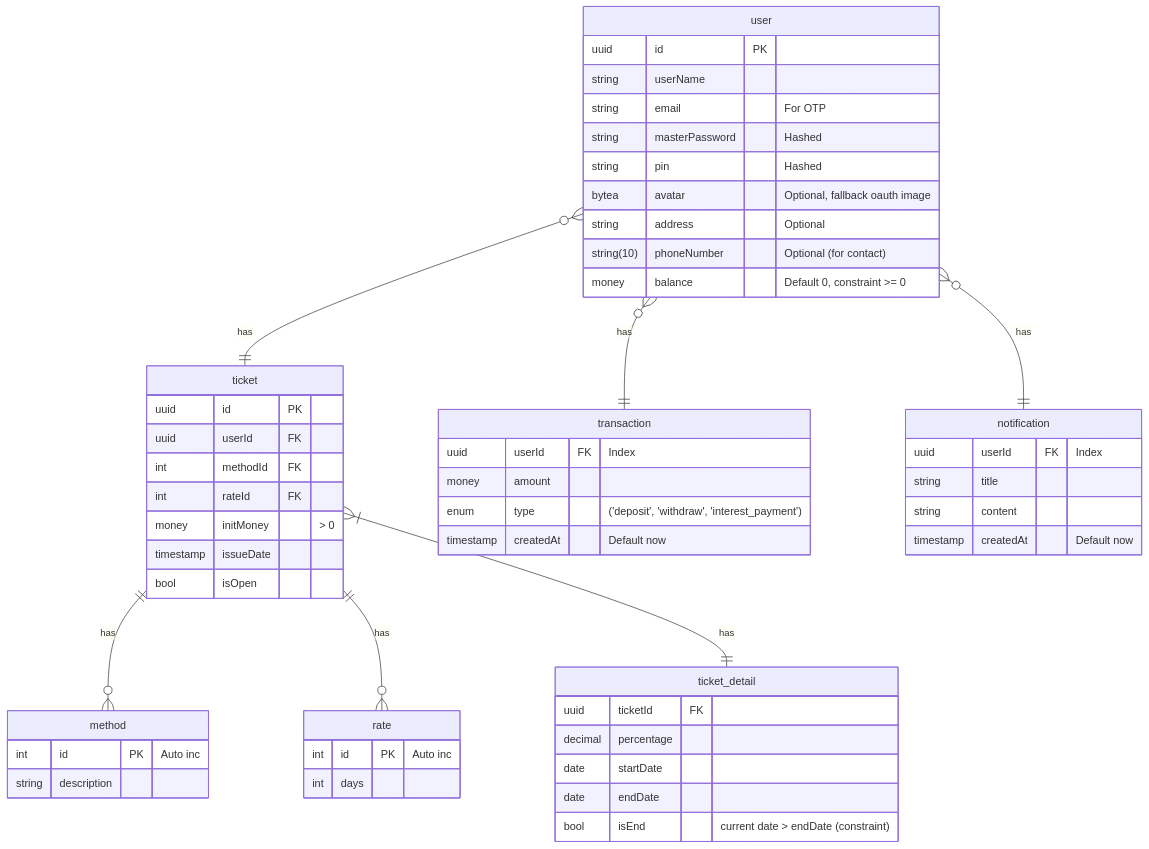
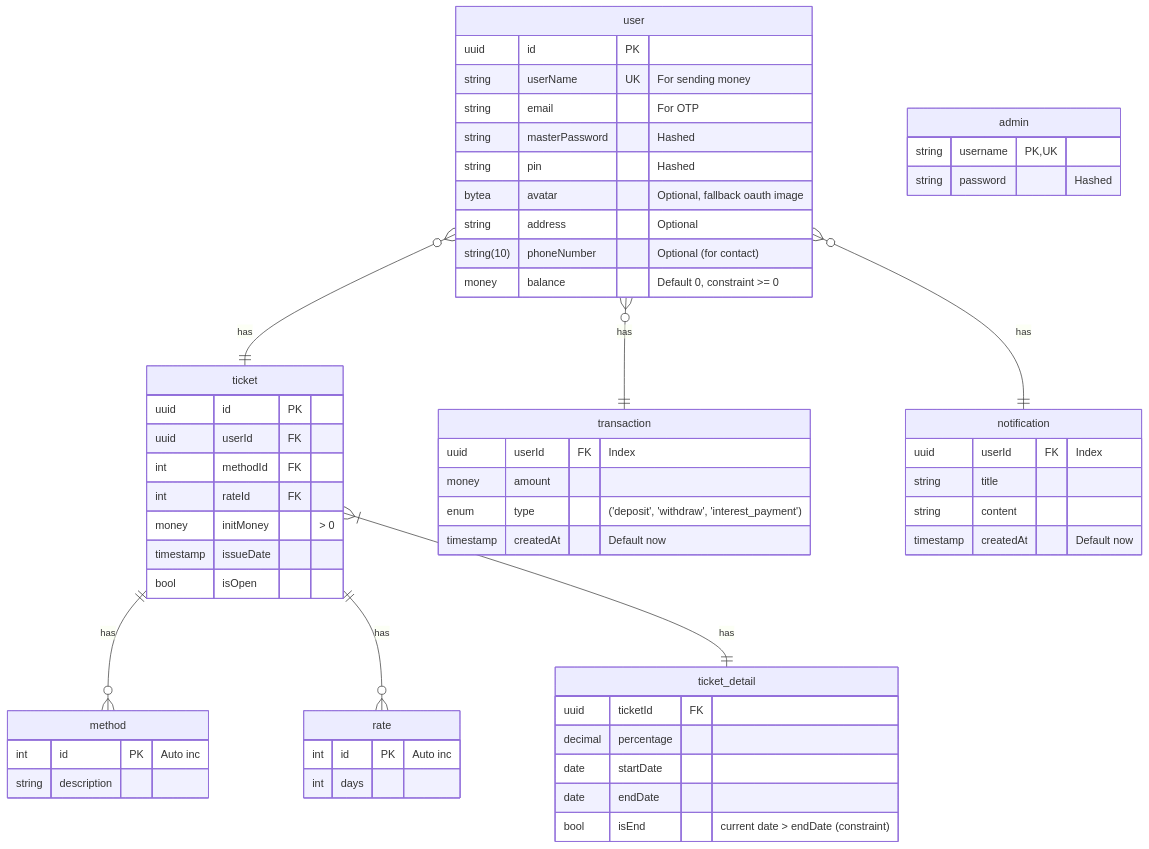
Before and after one commit to coinhub-uit/.github: the first of 2 diagrams in profile/README.md, drawn with Mermaid.

Commit message:
feat(db): add admin table

````diff
--- a/profile/README.md
+++ b/profile/README.md
@@ -15,67 +15,72 @@
 ```mermaid
 erDiagram
   user {
     uuid id PK
-    string userName
+    string userName UK "For sending money"
     string email "For OTP"
     string masterPassword "Hashed"
     string pin "Hashed"
     bytea avatar "Optional, fallback oauth image"
     string address "Optional"
     string(10) phoneNumber "Optional (for contact)"
     %% For what??
     %% bool isActive
     money balance "Default 0, constraint >= 0"
   }
 
   method {
     int id PK "Auto inc"
     string description
   }
 
   %% name??
   rate {
     int id PK "Auto inc"
     int days
   }
 
   ticket {
     uuid id PK
     uuid userId FK
     int methodId FK
     int rateId FK
     money initMoney "> 0"
     timestamp issueDate
     bool isOpen
   }
 
   %% need change the name
   ticket_detail {
     uuid ticketId FK
     decimal percentage
     date startDate
     date endDate
     bool isEnd "current date > endDate (constraint)"
   }
 
   transaction {
     uuid userId FK "Index"
     money amount
     enum type "('deposit', 'withdraw', 'interest_payment')"
     timestamp createdAt "Default now"
   }
 
   notification {
     uuid userId FK "Index"
     string title
     string content
     timestamp createdAt "Default now"
   }
 
+  admin {
+    string username PK,UK
+    string password "Hashed"
+  }
+
   user }o--|| ticket : has
   user }o--|| transaction : has
   user }o--|| notification : has
   ticket ||--}o method : has
   ticket ||--}o rate : has
   ticket }|--|| ticket_detail : has
 ```
````
